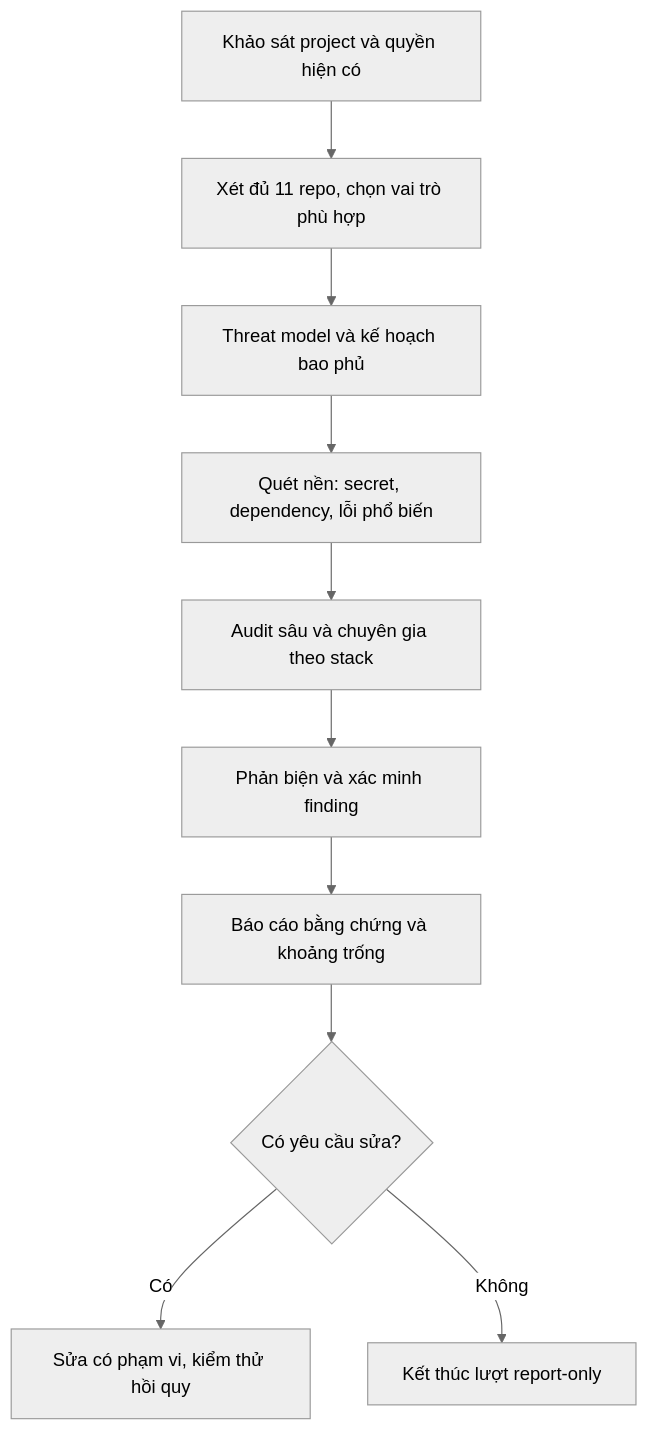
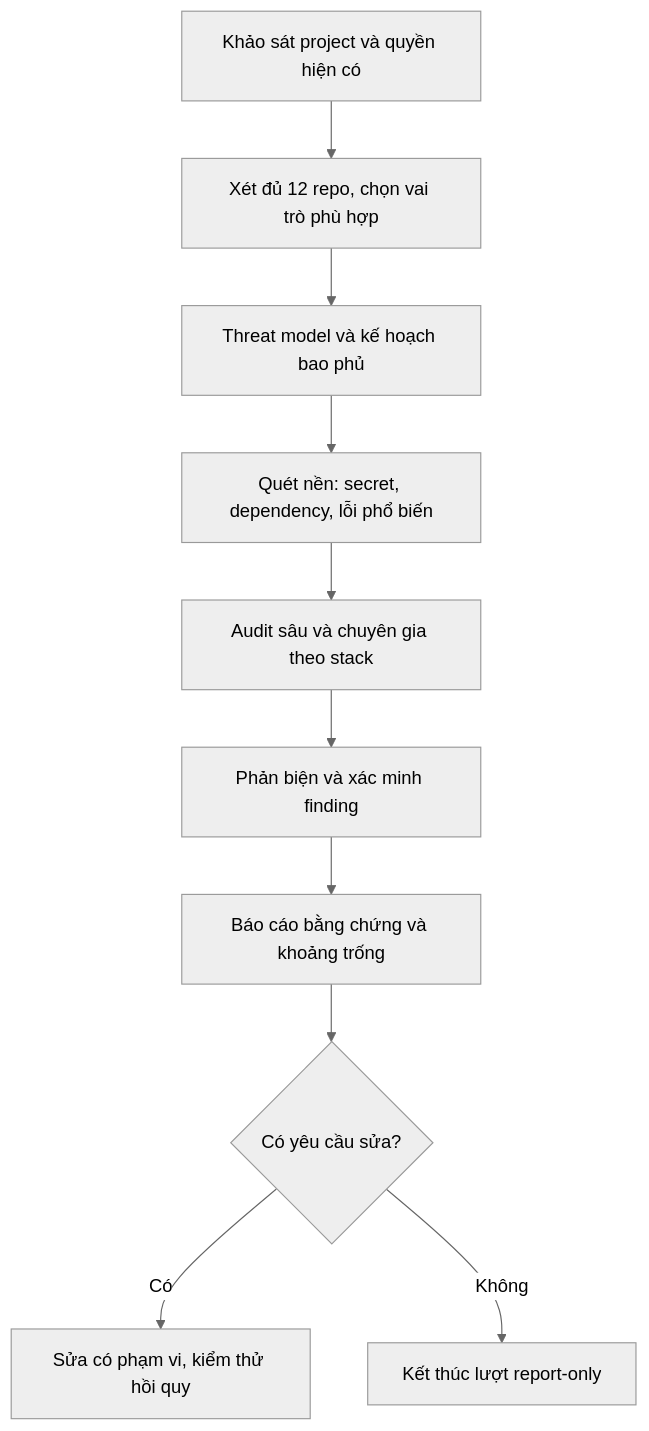
One commit to imnwngr/security-team changed the diagram in README.vi.md. Above: the diagram before and after it, drawn with Mermaid (neutral theme). The commit also changed other lines of this file, not shown here.

````diff
--- a/README.vi.md
+++ b/README.vi.md
@@ -152,12 +153,12 @@
 ```mermaid
 flowchart TD
-    A[Khảo sát project và quyền hiện có] --> B[Xét đủ 11 repo, chọn vai trò phù hợp]
+    A[Khảo sát project và quyền hiện có] --> B[Xét đủ 12 repo, chọn vai trò phù hợp]
     B --> C[Threat model và kế hoạch bao phủ]
     C --> D[Quét nền: secret, dependency, lỗi phổ biến]
     D --> E[Audit sâu và chuyên gia theo stack]
     E --> F[Phản biện và xác minh finding]
     F --> G[Báo cáo bằng chứng và khoảng trống]
     G --> H{Có yêu cầu sửa?}
     H -->|Có| I[Sửa có phạm vi, kiểm thử hồi quy]
     H -->|Không| J[Kết thúc lượt report-only]
 ```
````
